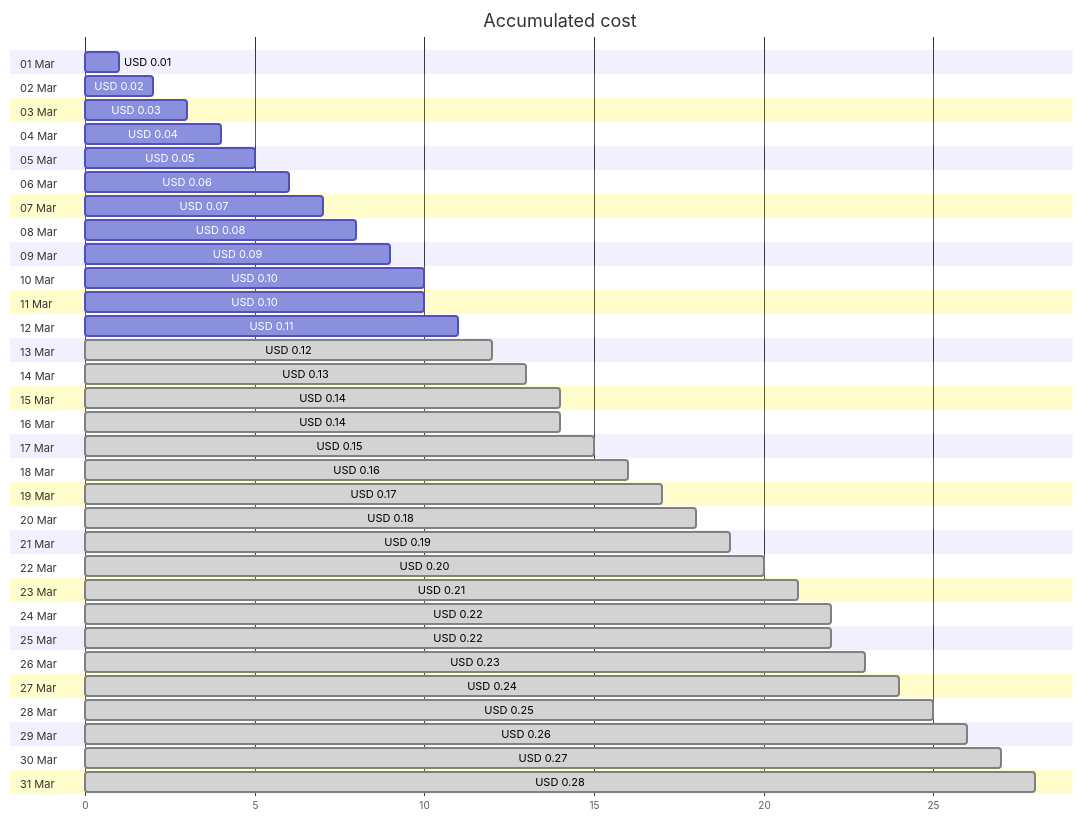
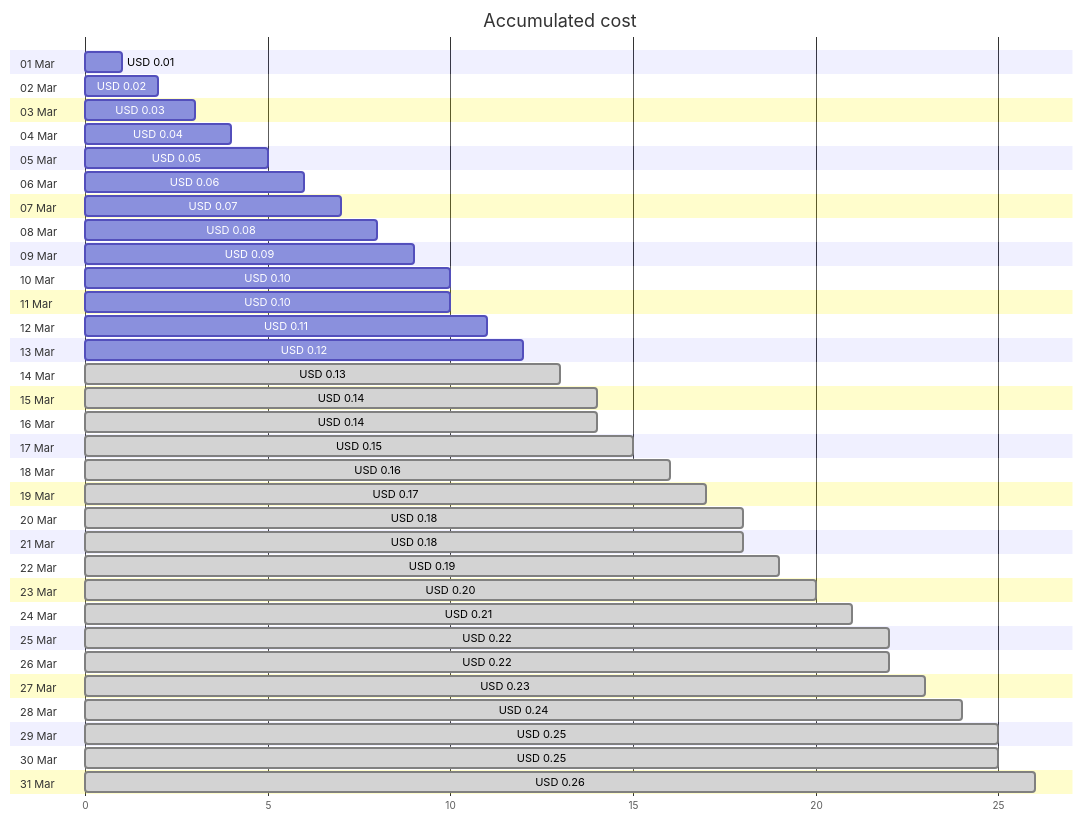
The first of 4 diagrams in cost-reports/cloud-shell-storage-eastus/README.md (jpfulton/azure-personal-reports), drawn with Mermaid before and after one commit. The commit also changed other lines of this file and 1 other file, not shown here.

````diff
--- a/cost-reports/cloud-shell-storage-eastus/README.md
+++ b/cost-reports/cloud-shell-storage-eastus/README.md
@@ -20,68 +20,68 @@
 ```mermaid
 gantt
    title Accumulated cost
    dateFormat  X
    axisFormat %s
    section 01 Mar
    USD 0.01 :0, 1
    section 02 Mar
    USD 0.02 :0, 2
    section 03 Mar
    USD 0.03 :0, 3
    section 04 Mar
    USD 0.04 :0, 4
    section 05 Mar
    USD 0.05 :0, 5
    section 06 Mar
    USD 0.06 :0, 6
    section 07 Mar
    USD 0.07 :0, 7
    section 08 Mar
    USD 0.08 :0, 8
    section 09 Mar
    USD 0.09 :0, 9
    section 10 Mar
    USD 0.10 :0, 10
    section 11 Mar
    USD 0.10 :0, 10
    section 12 Mar
    USD 0.11 :0, 11
    section 13 Mar
-   USD 0.12 : done, 0, 12
+   USD 0.12 :0, 12
    section 14 Mar
    USD 0.13 : done, 0, 13
    section 15 Mar
    USD 0.14 : done, 0, 14
    section 16 Mar
    USD 0.14 : done, 0, 14
    section 17 Mar
    USD 0.15 : done, 0, 15
    section 18 Mar
    USD 0.16 : done, 0, 16
    section 19 Mar
    USD 0.17 : done, 0, 17
    section 20 Mar
    USD 0.18 : done, 0, 18
    section 21 Mar
+   USD 0.18 : done, 0, 18
+   section 22 Mar
    USD 0.19 : done, 0, 19
-   section 22 Mar
+   section 23 Mar
    USD 0.20 : done, 0, 20
-   section 23 Mar
+   section 24 Mar
    USD 0.21 : done, 0, 21
-   section 24 Mar
-   USD 0.22 : done, 0, 22
    section 25 Mar
    USD 0.22 : done, 0, 22
    section 26 Mar
+   USD 0.22 : done, 0, 22
+   section 27 Mar
    USD 0.23 : done, 0, 23
-   section 27 Mar
+   section 28 Mar
    USD 0.24 : done, 0, 24
-   section 28 Mar
+   section 29 Mar
    USD 0.25 : done, 0, 25
-   section 29 Mar
+   section 30 Mar
+   USD 0.25 : done, 0, 25
+   section 31 Mar
    USD 0.26 : done, 0, 26
-   section 30 Mar
-   USD 0.27 : done, 0, 27
-   section 31 Mar
-   USD 0.28 : done, 0, 28
 ```
````
